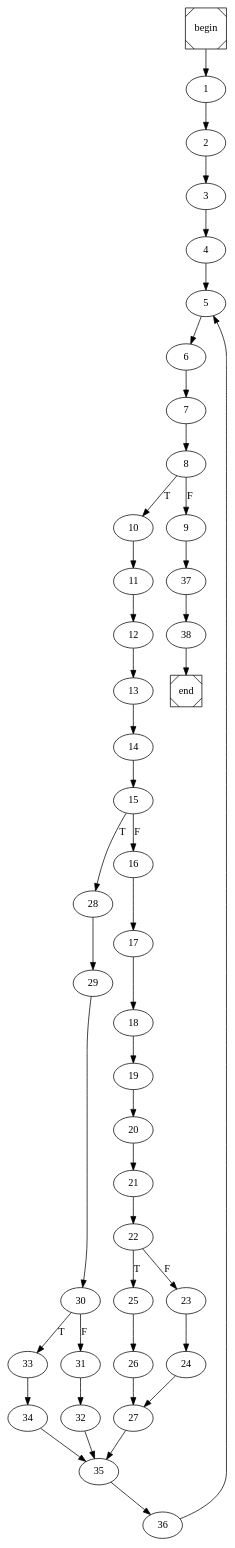
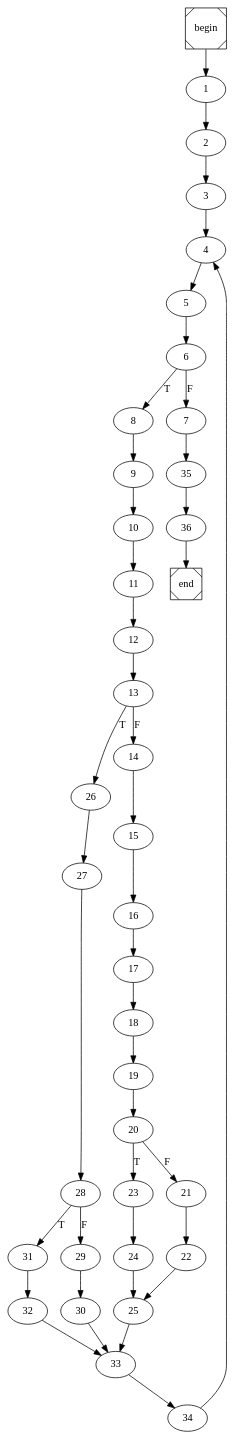
Before and after one commit to pedrojfs17/FEUP-COMP: the diagram in update.dot, drawn with Graphviz. The commit also changed 11 other files, not shown here.

```diff
--- a/update.dot
+++ b/update.dot
@@ -1,4 +1,4 @@
 digraph cfg {
 	begin [shape=Msquare];
 	end [shape=Msquare];
-	begin -> 1;	1 -> 2;	2 -> 3;	3 -> 4;	4 -> 5;	5 -> 6;	6 -> 7;	7 -> 8;	8 -> 10[label=T];	8 -> 9[label=F];	9 -> 37;	10 -> 11;	11 -> 12;	12 -> 13;	13 -> 14;	14 -> 15;	15 -> 28[label=T];	15 -> 16[label=F];	16 -> 17;	17 -> 18;	18 -> 19;	19 -> 20;	20 -> 21;	21 -> 22;	22 -> 25[label=T];	22 -> 23[label=F];	23 -> 24;	24 -> 27;	25 -> 26;	26 -> 27;	27 -> 35;	28 -> 29;	29 -> 30;	30 -> 33[label=T];	30 -> 31[label=F];	31 -> 32;	32 -> 35;	33 -> 34;	34 -> 35;	35 -> 36;	36 -> 5;	37 -> 38;	38 -> end;}
+	begin -> 1;	1 -> 2;	2 -> 3;	3 -> 4;	4 -> 5;	5 -> 6;	6 -> 8[label=T];	6 -> 7[label=F];	7 -> 35;	8 -> 9;	9 -> 10;	10 -> 11;	11 -> 12;	12 -> 13;	13 -> 26[label=T];	13 -> 14[label=F];	14 -> 15;	15 -> 16;	16 -> 17;	17 -> 18;	18 -> 19;	19 -> 20;	20 -> 23[label=T];	20 -> 21[label=F];	21 -> 22;	22 -> 25;	23 -> 24;	24 -> 25;	25 -> 33;	26 -> 27;	27 -> 28;	28 -> 31[label=T];	28 -> 29[label=F];	29 -> 30;	30 -> 33;	31 -> 32;	32 -> 33;	33 -> 34;	34 -> 4;	35 -> 36;	36 -> end;}
```
